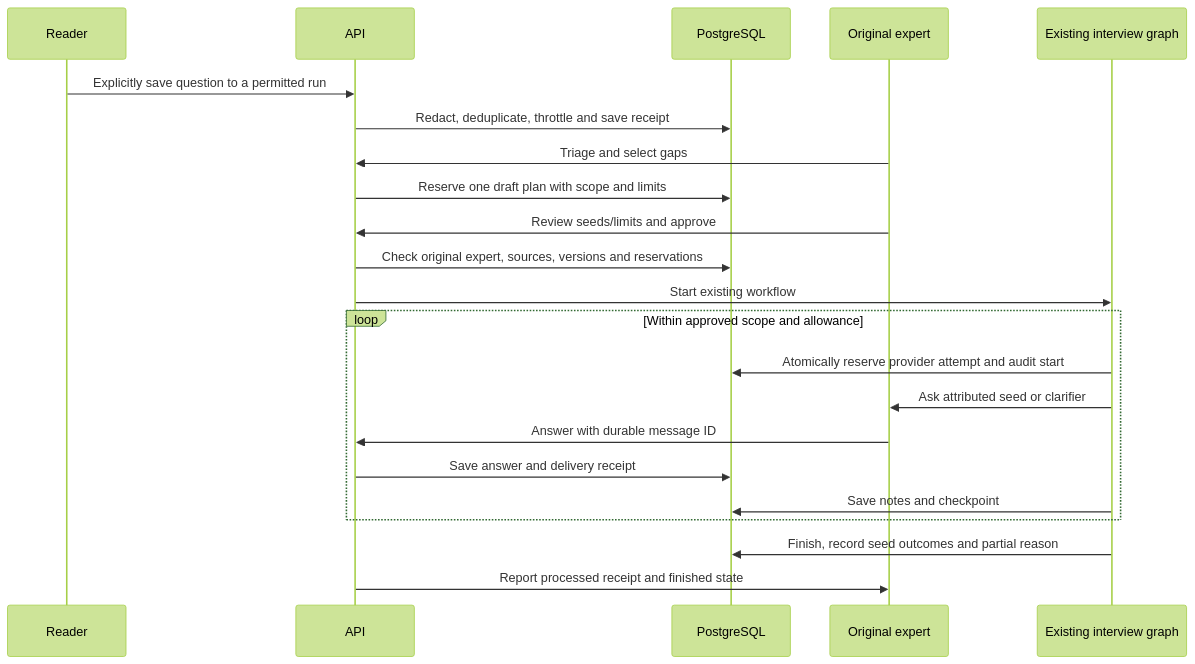
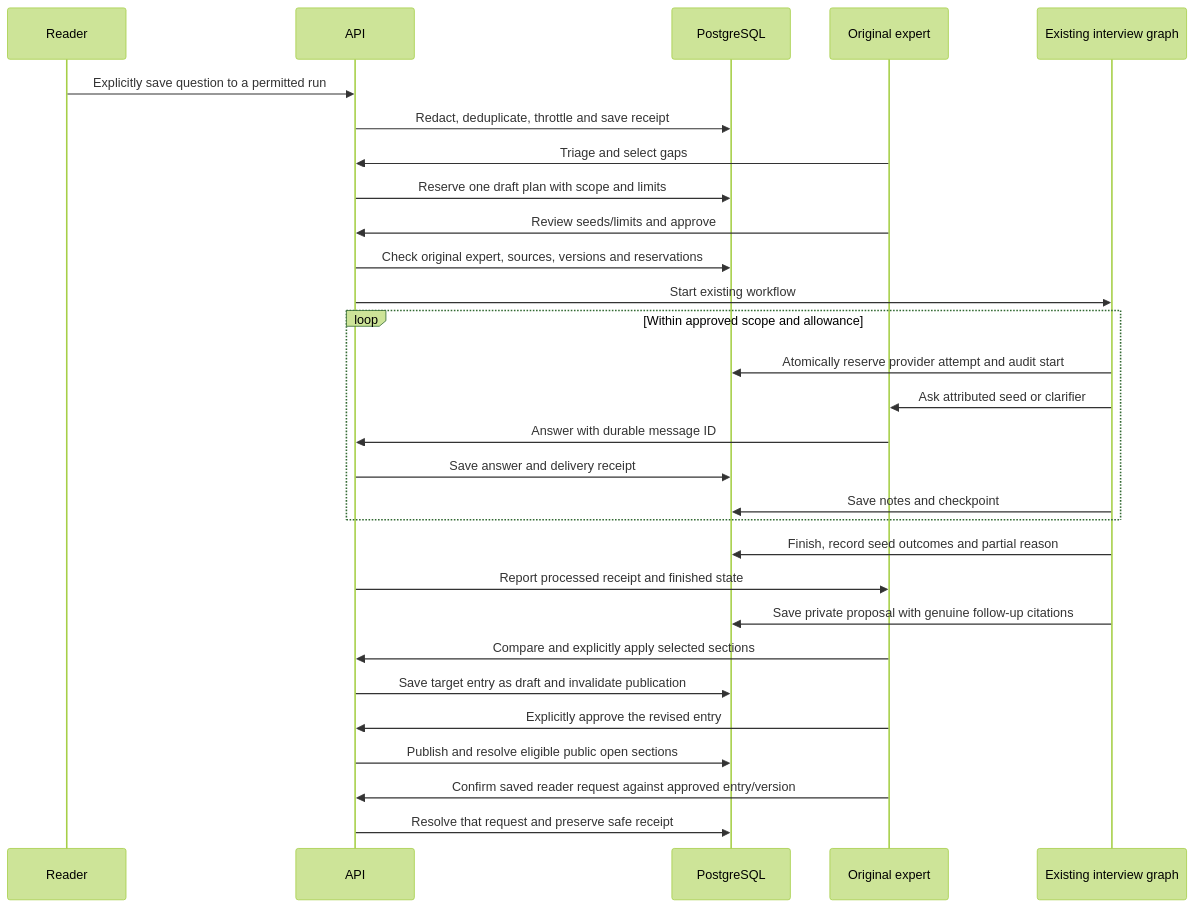
One commit to medaliyed/exit-knowledge-interviewer changed the diagram in docs/flows/follow-up.md. Above: the diagram before and after it, drawn with Mermaid (forest theme). The commit also changed other lines of this file and 41 other files, not shown here.

````diff
--- a/docs/flows/follow-up.md
+++ b/docs/flows/follow-up.md
@@ -8,24 +8,31 @@
 ```mermaid
 sequenceDiagram
     participant Reader
     participant API
     participant Store as PostgreSQL
     participant Expert as Original expert
     participant Graph as Existing interview graph
     Reader->>API: Explicitly save question to a permitted run
     API->>Store: Redact, deduplicate, throttle and save receipt
     Expert->>API: Triage and select gaps
     API->>Store: Reserve one draft plan with scope and limits
     Expert->>API: Review seeds/limits and approve
     API->>Store: Check original expert, sources, versions and reservations
     API->>Graph: Start existing workflow
     loop Within approved scope and allowance
         Graph->>Store: Atomically reserve provider attempt and audit start
         Graph->>Expert: Ask attributed seed or clarifier
         Expert->>API: Answer with durable message ID
         API->>Store: Save answer and delivery receipt
         Graph->>Store: Save notes and checkpoint
     end
     Graph->>Store: Finish, record seed outcomes and partial reason
     API->>Expert: Report processed receipt and finished state
+    Graph->>Store: Save private proposal with genuine follow-up citations
+    Expert->>API: Compare and explicitly apply selected sections
+    API->>Store: Save target entry as draft and invalidate publication
+    Expert->>API: Explicitly approve the revised entry
+    API->>Store: Publish and resolve eligible public open sections
+    Expert->>API: Confirm saved reader request against approved entry/version
+    API->>Store: Resolve that request and preserve safe receipt
 ```
````
